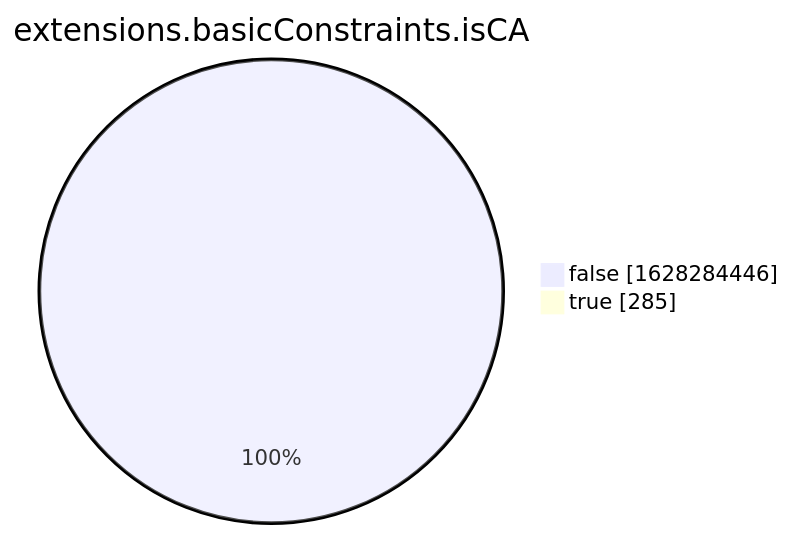
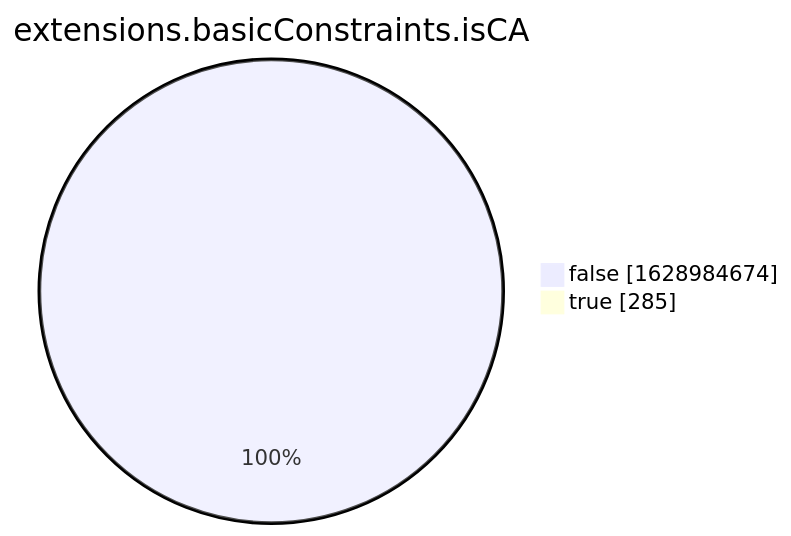
The eighth of 15 diagrams in xenon2022/README.md (christiankrug/ctmonitor_visualization), drawn with Mermaid before and after one commit. The commit also changed other lines of this file, not shown here.

````diff
--- a/xenon2022/README.md
+++ b/xenon2022/README.md
@@ -2863,6 +2863,6 @@
 ```mermaid
 pie showData
 title extensions.basicConstraints.isCA
-"false" :1628284446
+"false" :1628984674
 "true" :285
 ```
````
